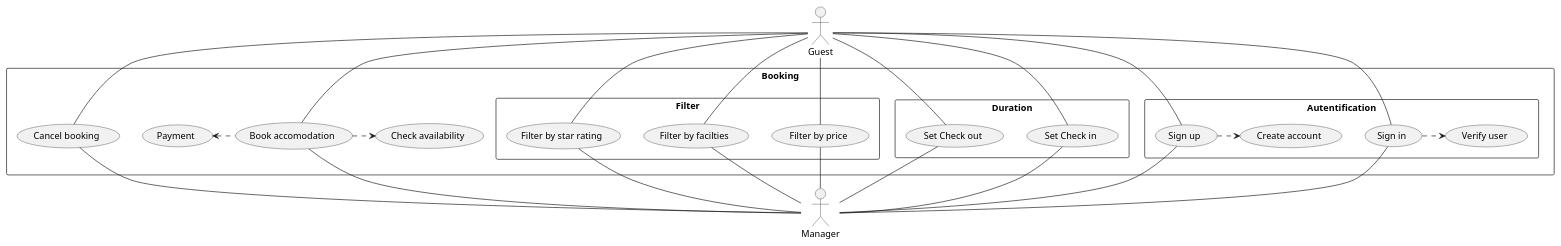
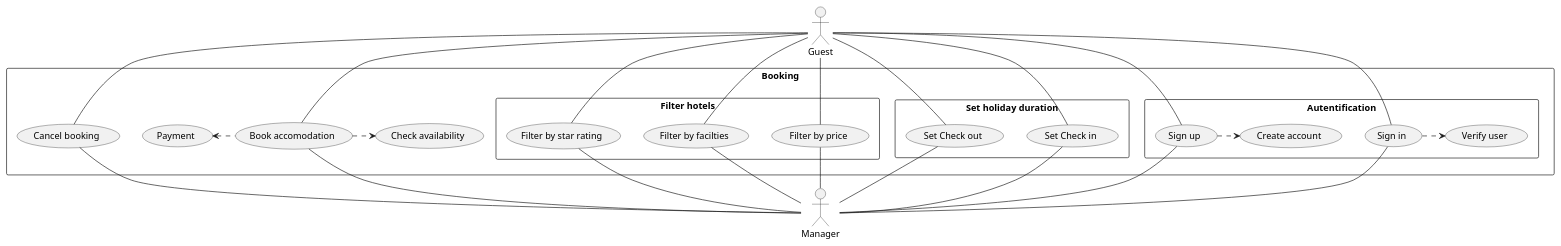
Before and after one commit to marustas/UseCase-diagrams: the diagram in template.wsd, drawn with PlantUML.

Commit message:
names of packages changed

```diff
--- a/template.wsd
+++ b/template.wsd
@@ -1,35 +1,35 @@
 @startuml Booking App
 skinparam packageStyle rectangle
 actor Guest
 actor Manager
-rectangle Booking {
-    rectangle Autentification {
+rectangle "Booking" {
+    rectangle "Autentification" {
         Guest -- (Sign in)
         (Sign in)--Manager
         (Sign in).>(Verify user)
         Guest -- (Sign up)
         (Sign up)--Manager
         (Sign up).>(Create account)
     }
-    rectangle Duration {
+    rectangle "Set holiday duration" {
         Guest--(Set Check in)
         (Set Check in)--Manager
         Guest--(Set Check out)
         (Set Check out)--Manager
     }
-    rectangle Filter {
+    rectangle "Filter hotels" {
         Guest--(Filter by price)
         (Filter by price)--Manager
         Guest--(Filter by facilties)
         (Filter by facilties)--Manager
         Guest--(Filter by star rating)
         (Filter by star rating)--Manager
     }
     Guest -- (Book accomodation)
     (Book accomodation) -- Manager
     Guest -- (Cancel booking)
     (Cancel booking) -- Manager
     (Payment) <. (Book accomodation)
     (Book accomodation) .> (Check availability)
 }
 @enduml
```
